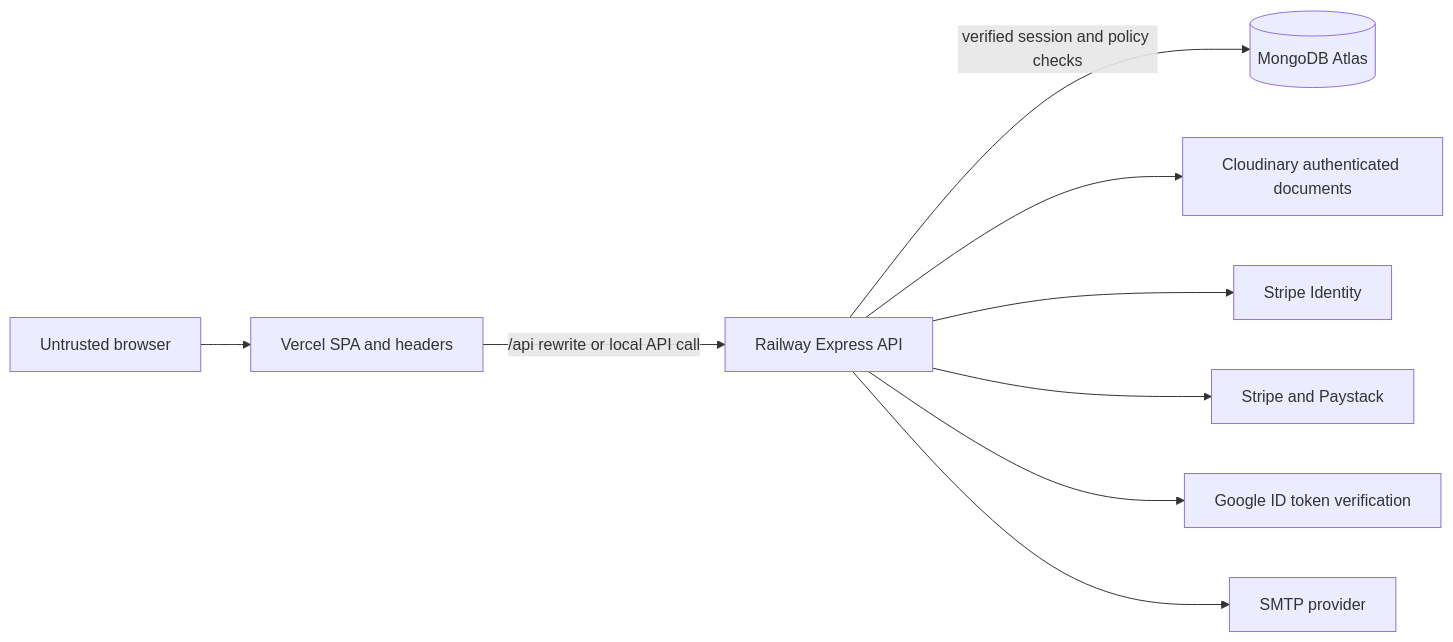
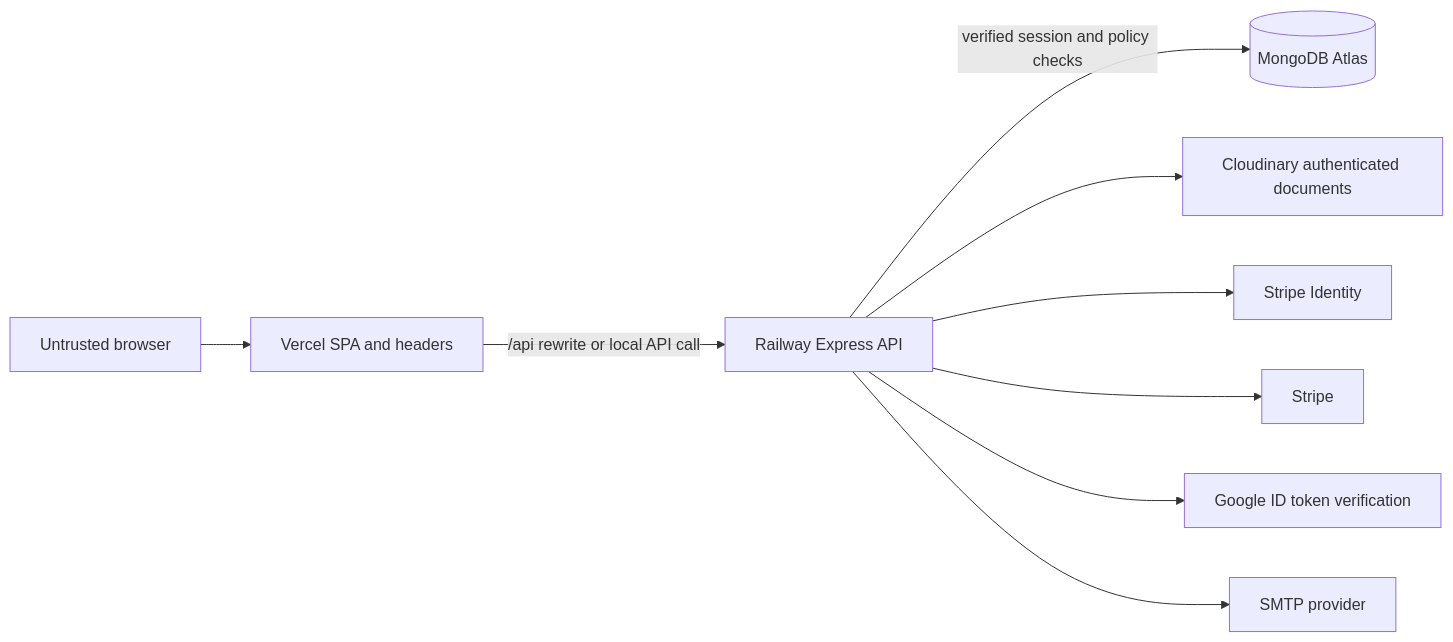
The diagram in SECURITY_ARCHITECTURE.md (Obey10TTV/glory-store), drawn with Mermaid before and after one commit. The commit also changed other lines of this file and 24 other files, not shown here.

````diff
--- a/SECURITY_ARCHITECTURE.md
+++ b/SECURITY_ARCHITECTURE.md
@@ -5,11 +5,11 @@
 ```mermaid
 flowchart LR
   B[Untrusted browser] --> V[Vercel SPA and headers]
   V -->|/api rewrite or local API call| R[Railway Express API]
   R -->|verified session and policy checks| M[(MongoDB Atlas)]
   R --> C[Cloudinary authenticated documents]
   R --> I[Stripe Identity]
-  R --> P[Stripe and Paystack]
+  R --> P[Stripe]
   R --> G[Google ID token verification]
   R --> E[SMTP provider]
 ```
````
